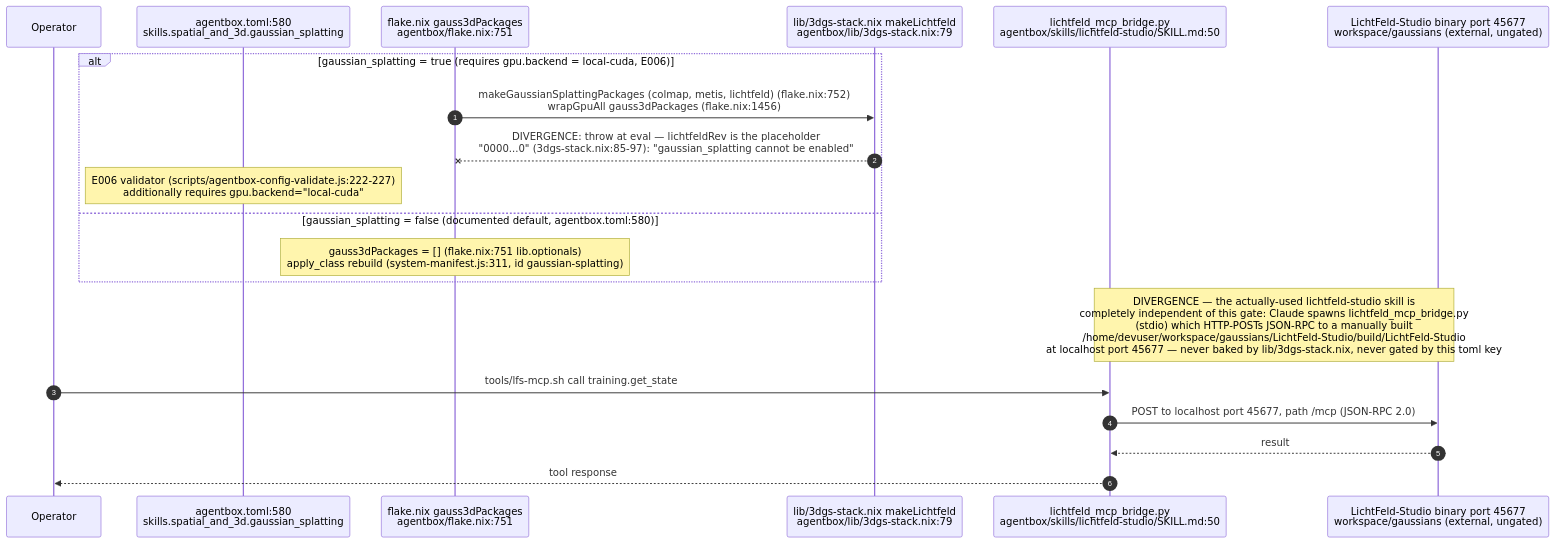
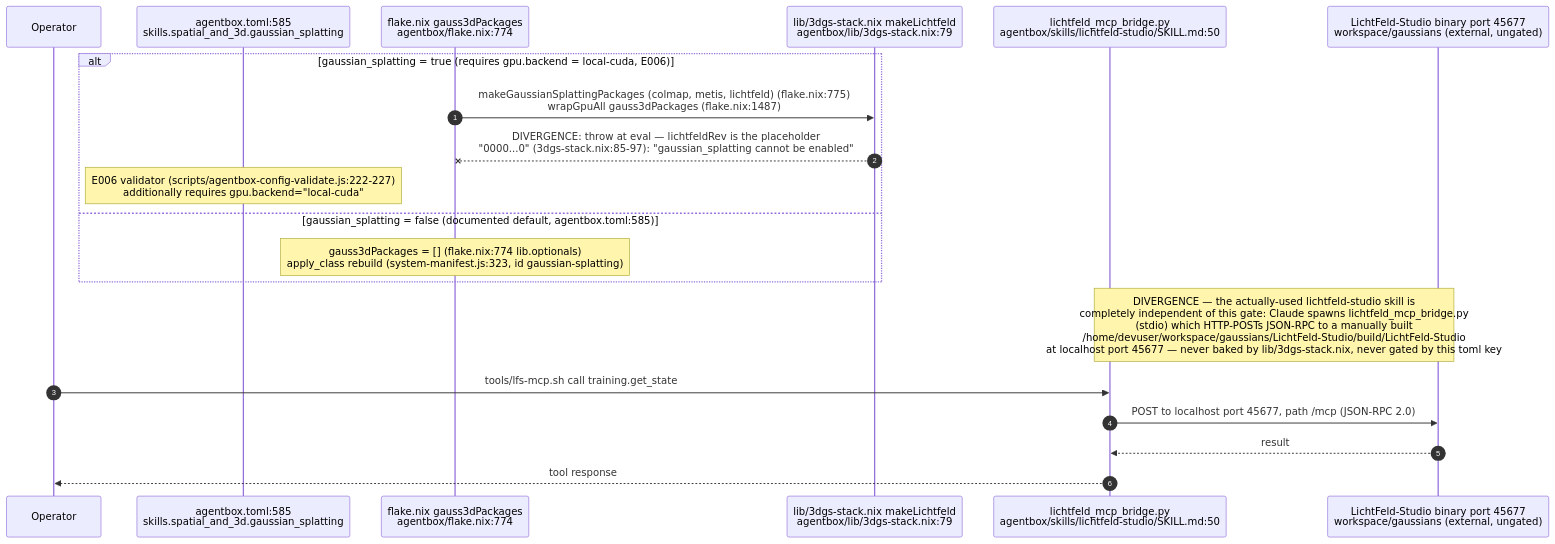
The ninth of 13 diagrams in docs/diagrams/agentbox/27-media-gpu-capability-services.md (DreamLab-AI/VisionFlow), drawn with Mermaid before and after one commit. The commit also changed other lines of this file and 80 other files, not shown here.

First line of the commit message:
docs(diagrams): re-verify the agentbox, dreamlab, estate and visionflow corpus against current sources

````diff
--- a/docs/diagrams/agentbox/27-media-gpu-capability-services.md
+++ b/docs/diagrams/agentbox/27-media-gpu-capability-services.md
@@ -291,23 +291,23 @@
 ```mermaid
 sequenceDiagram
     autonumber
     participant Op as Operator
-    participant Toml as agentbox.toml:580<br/>skills.spatial_and_3d.gaussian_splatting
-    participant Flake as flake.nix gauss3dPackages<br/>agentbox/flake.nix:751
+    participant Toml as agentbox.toml:585<br/>skills.spatial_and_3d.gaussian_splatting
+    participant Flake as flake.nix gauss3dPackages<br/>agentbox/flake.nix:774
     participant Nix3dgs as lib/3dgs-stack.nix makeLichtfeld<br/>agentbox/lib/3dgs-stack.nix:79
     participant Bridge as lichtfeld_mcp_bridge.py<br/>agentbox/skills/lichtfeld-studio/SKILL.md:50
     participant LFS as LichtFeld-Studio binary port 45677<br/>workspace/gaussians (external, ungated)
 
     alt gaussian_splatting = true (requires gpu.backend = local-cuda, E006)
-        Flake->>Nix3dgs: makeGaussianSplattingPackages (colmap, metis, lichtfeld) (flake.nix:752)<br/>wrapGpuAll gauss3dPackages (flake.nix:1456)
+        Flake->>Nix3dgs: makeGaussianSplattingPackages (colmap, metis, lichtfeld) (flake.nix:775)<br/>wrapGpuAll gauss3dPackages (flake.nix:1487)
         Nix3dgs--xFlake: DIVERGENCE: throw at eval — lichtfeldRev is the placeholder<br/>"0000...0" (3dgs-stack.nix:85-97): "gaussian_splatting cannot be enabled"
         Note over Toml: E006 validator (scripts/agentbox-config-validate.js:222-227)<br/>additionally requires gpu.backend="local-cuda"
-    else gaussian_splatting = false (documented default, agentbox.toml:580)
-        Note over Flake: gauss3dPackages = [] (flake.nix:751 lib.optionals)<br/>apply_class rebuild (system-manifest.js:311, id gaussian-splatting)
+    else gaussian_splatting = false (documented default, agentbox.toml:585)
+        Note over Flake: gauss3dPackages = [] (flake.nix:774 lib.optionals)<br/>apply_class rebuild (system-manifest.js:323, id gaussian-splatting)
     end
     Note over Bridge,LFS: DIVERGENCE — the actually-used lichtfeld-studio skill is<br/>completely independent of this gate: Claude spawns lichtfeld_mcp_bridge.py<br/>(stdio) which HTTP-POSTs JSON-RPC to a manually built<br/>/home/devuser/workspace/gaussians/LichtFeld-Studio/build/LichtFeld-Studio<br/>at localhost port 45677 — never baked by lib/3dgs-stack.nix, never gated by this toml key
     Op->>Bridge: tools/lfs-mcp.sh call training.get_state
     Bridge->>LFS: POST to localhost port 45677, path /mcp (JSON-RPC 2.0)
     LFS-->>Bridge: result
     Bridge-->>Op: tool response
 ```
````
